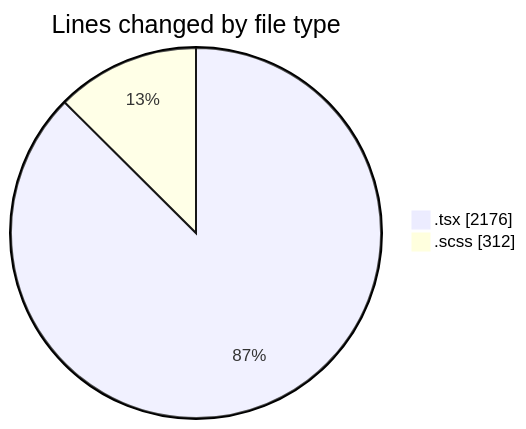
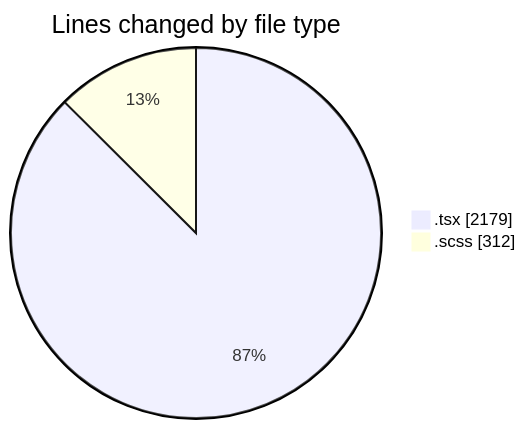
The first of 2 diagrams in 2025-09-30/cda/README.md (momahboobian/code-tracking), drawn with Mermaid before and after one commit. The commit also changed other lines of this file and 1 other file, not shown here.

````diff
--- a/2025-09-30/cda/README.md
+++ b/2025-09-30/cda/README.md
@@ -23,6 +23,6 @@
 ```mermaid
 pie showData
 title Lines changed by file type
-".tsx" : 2176
+".tsx" : 2179
 ".scss" : 312
 ```
````
